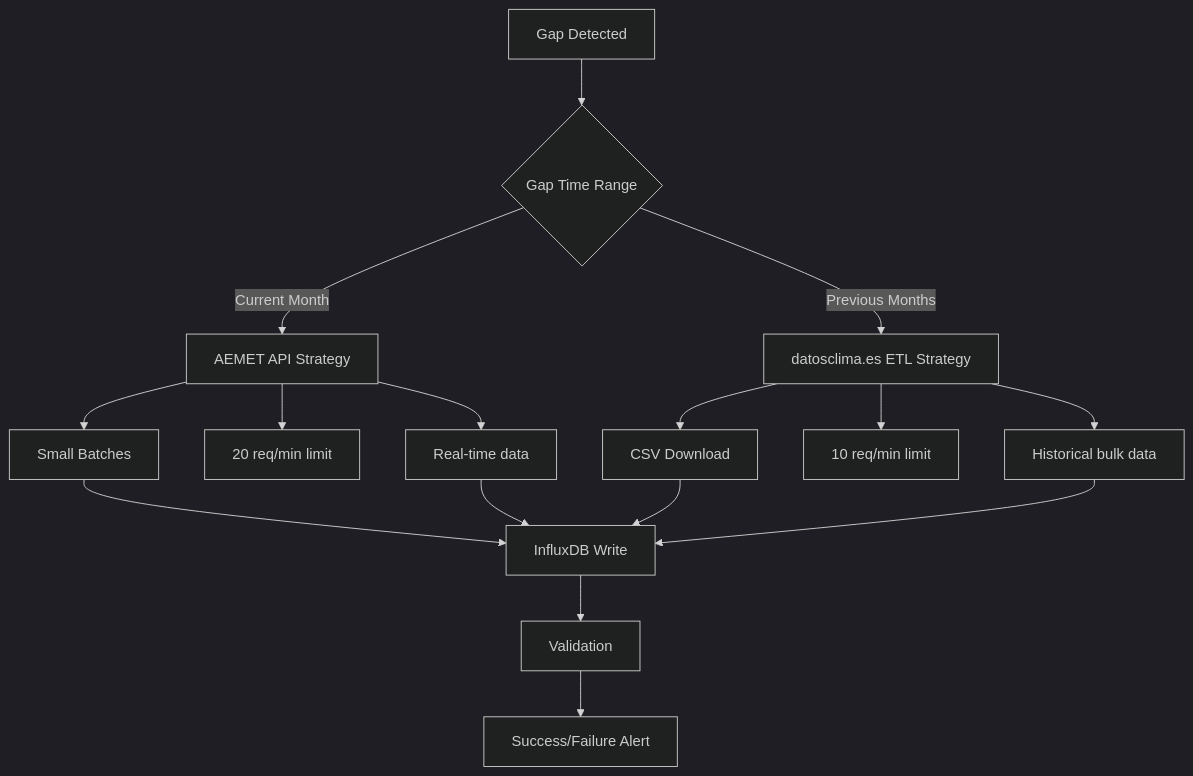
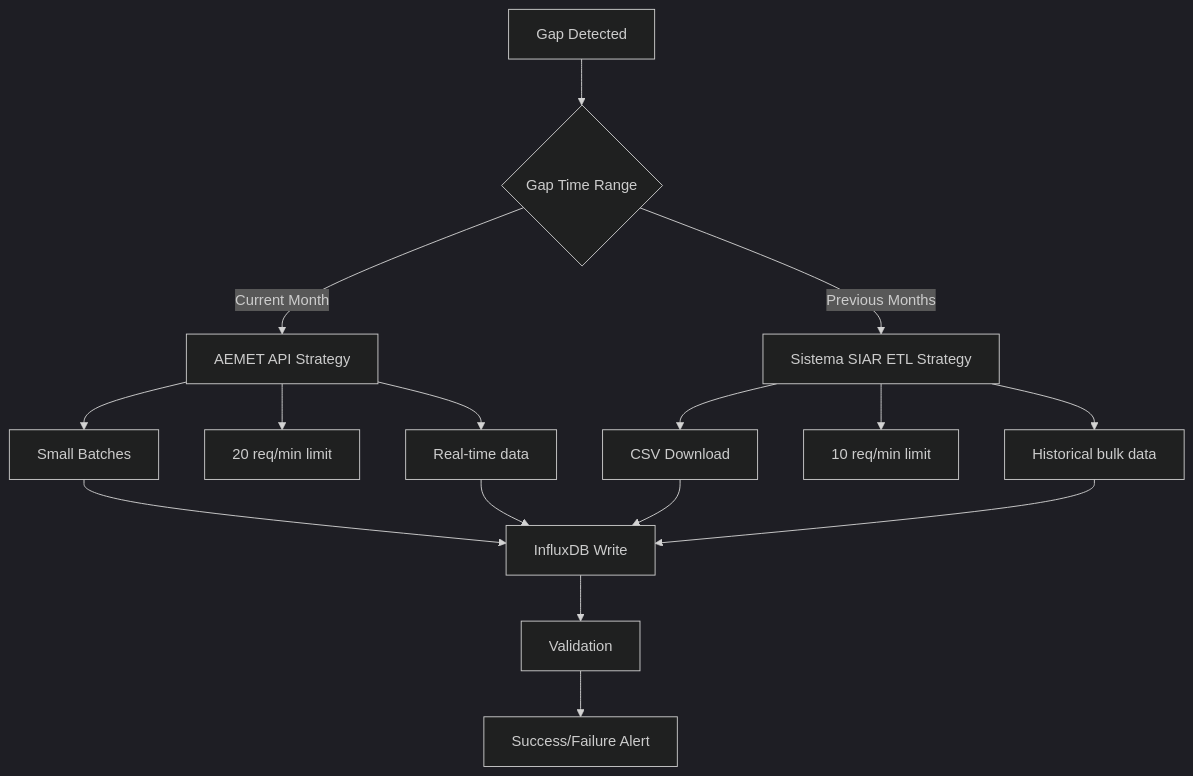
One commit to knono/chocolate-factory changed the fifth of 6 diagrams in docs/SYSTEM_ARCHITECTURE.md. Above: the diagram before and after it, drawn with Mermaid (dark theme). The commit also changed other lines of this file and 38 other files, not shown here.

````diff
--- a/docs/SYSTEM_ARCHITECTURE.md
+++ b/docs/SYSTEM_ARCHITECTURE.md
@@ -302,23 +302,23 @@
 ```mermaid
 flowchart TD
     A[Gap Detected] --> B{Gap Time Range}
     
     B -->|Current Month| C[AEMET API Strategy]
-    B -->|Previous Months| D[datosclima.es ETL Strategy]
+    B -->|Previous Months| D[Sistema SIAR ETL Strategy]
     
     C --> E[Small Batches]
     C --> F[20 req/min limit]
     C --> G[Real-time data]
     
     D --> H[CSV Download]
     D --> I[10 req/min limit] 
     D --> J[Historical bulk data]
     
     E --> K[InfluxDB Write]
     G --> K
     H --> K
     J --> K
     
     K --> L[Validation]
     L --> M[Success/Failure Alert]
 ```
````
